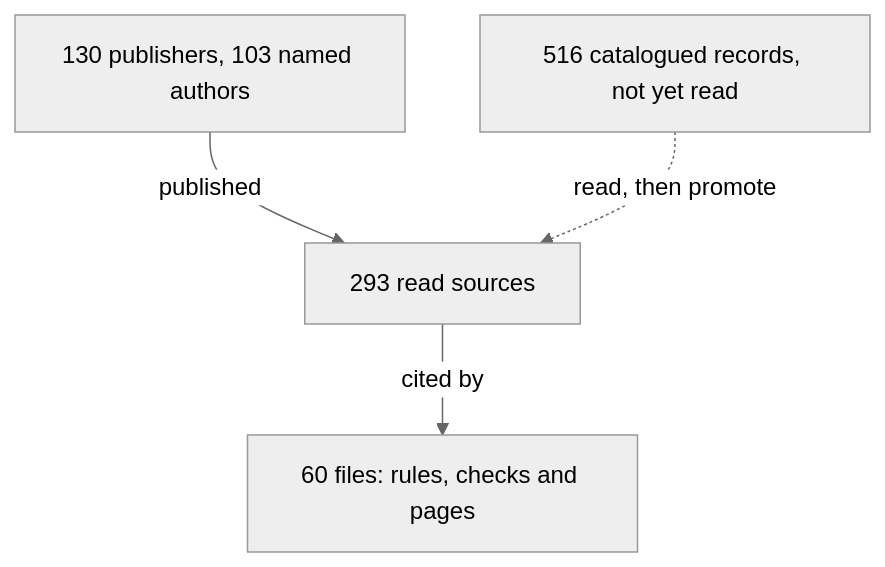
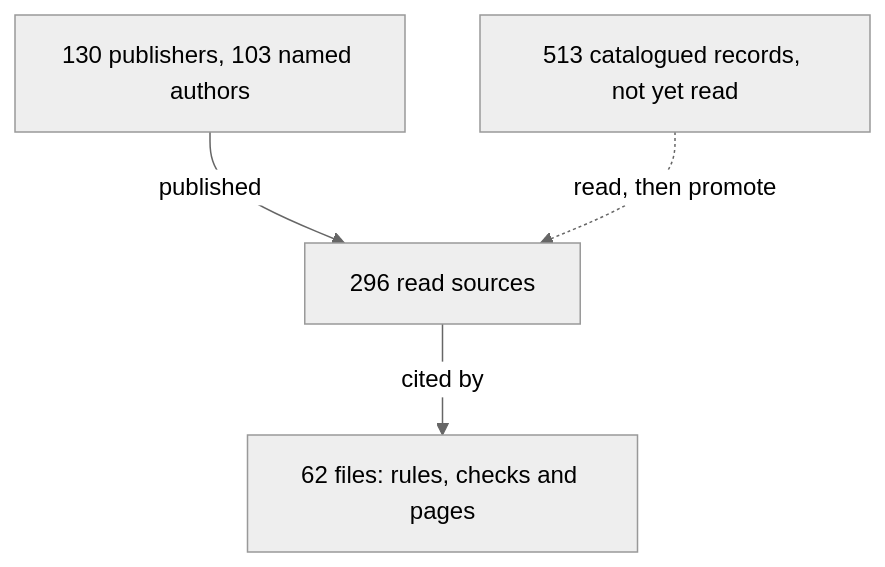
Before and after one commit to Valpatel/cad-agent: the diagram in docs/practice/experts.md, drawn with Mermaid (neutral theme). The commit also changed other lines of this file and 9 other files, not shown here.

````diff
--- a/docs/practice/experts.md
+++ b/docs/practice/experts.md
@@ -6,7 +6,7 @@
 ```mermaid
 flowchart TD
-  P["130 publishers, 103 named authors"] -->|published| S["293 read sources"]
-  S -->|cited by| U["60 files: rules, checks and pages"]
-  C["516 catalogued records, not yet read"] -.->|read, then promote| S
+  P["130 publishers, 103 named authors"] -->|published| S["296 read sources"]
+  S -->|cited by| U["62 files: rules, checks and pages"]
+  C["513 catalogued records, not yet read"] -.->|read, then promote| S
   class S here
 ```
````
